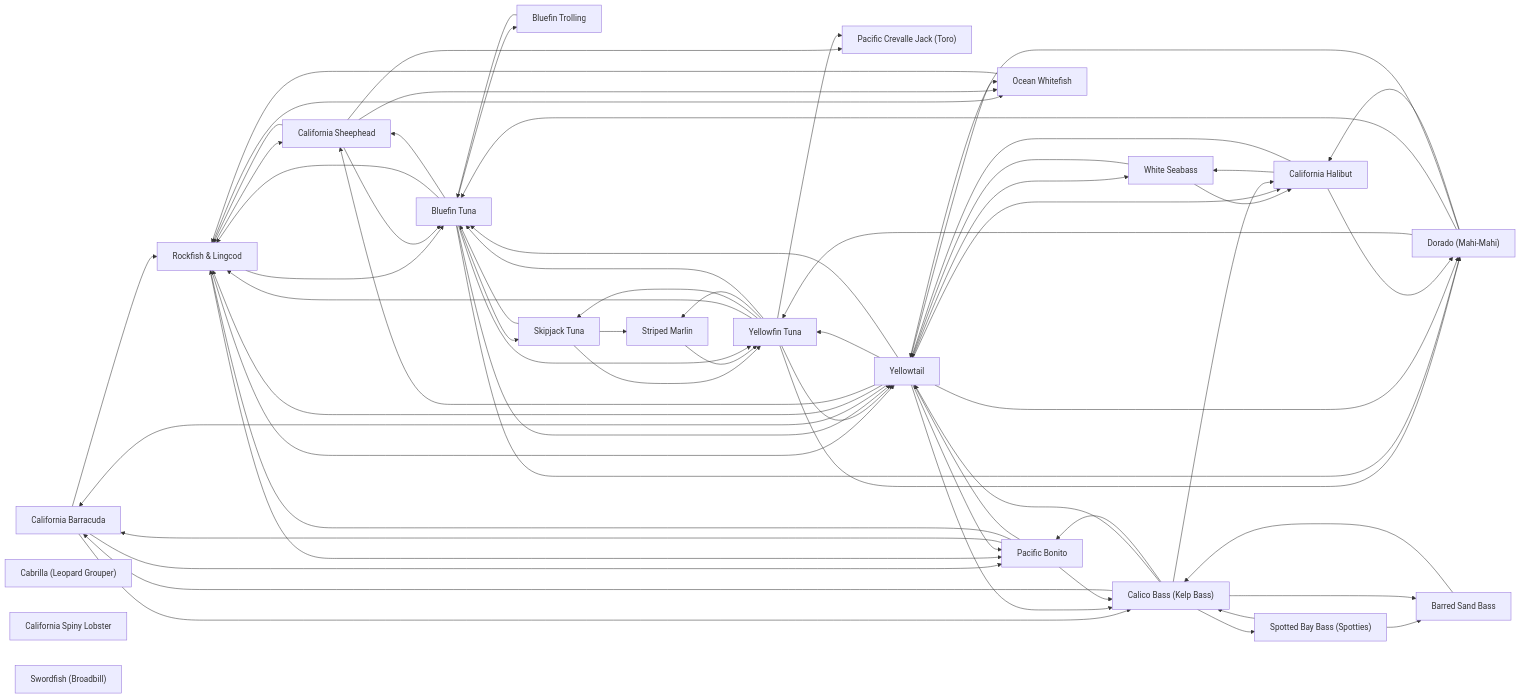
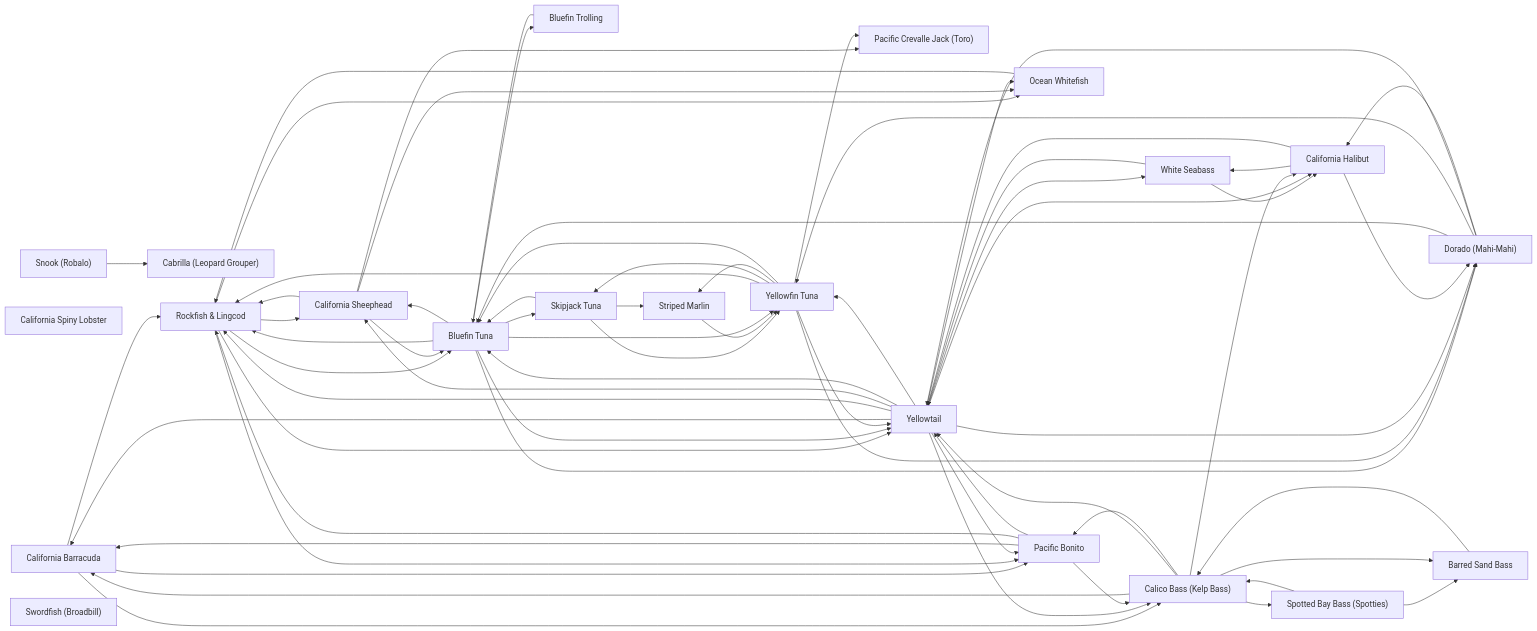
Before and after one commit to camchuckpete-max/Socal-Fishing-Knowledge: the diagram in species/README.md, drawn with Mermaid. The commit also changed other lines of this file and 12 other files, not shown here.

````diff
--- a/species/README.md
+++ b/species/README.md
@@ -48,19 +49,20 @@
   n12["Barred Sand Bass"]
   n13["California Sheephead"]
   n14["Skipjack Tuna"]
-  n15["Spotted Bay Bass (Spotties)"]
-  n16["Striped Marlin"]
-  n17["Swordfish (Broadbill)"]
-  n18["White Seabass"]
-  n19["Yellowfin Tuna"]
-  n20["Yellowtail"]
+  n15["Snook (Robalo)"]
+  n16["Spotted Bay Bass (Spotties)"]
+  n17["Striped Marlin"]
+  n18["Swordfish (Broadbill)"]
+  n19["White Seabass"]
+  n20["Yellowfin Tuna"]
+  n21["Yellowtail"]
   n0 --> n11
   n0 --> n3
   n0 --> n5
   n1 --> n2
   n11 --> n13
   n11 --> n2
-  n11 --> n20
+  n11 --> n21
   n11 --> n3
   n11 --> n9
   n12 --> n5
@@ -68,55 +70,56 @@
   n13 --> n11
   n13 --> n2
   n13 --> n9
-  n14 --> n16
-  n14 --> n19
+  n14 --> n17
   n14 --> n2
-  n15 --> n12
-  n15 --> n5
-  n16 --> n19
-  n18 --> n20
-  n18 --> n6
-  n19 --> n10
-  n19 --> n11
-  n19 --> n14
-  n19 --> n16
-  n19 --> n2
-  n19 --> n20
-  n19 --> n8
+  n14 --> n20
+  n15 --> n4
+  n16 --> n12
+  n16 --> n5
+  n17 --> n20
+  n19 --> n21
+  n19 --> n6
   n2 --> n1
   n2 --> n11
   n2 --> n13
   n2 --> n14
-  n2 --> n19
   n2 --> n20
+  n2 --> n21
   n2 --> n8
-  n20 --> n0
+  n20 --> n10
   n20 --> n11
-  n20 --> n13
-  n20 --> n18
-  n20 --> n19
+  n20 --> n14
+  n20 --> n17
   n20 --> n2
-  n20 --> n3
-  n20 --> n5
-  n20 --> n6
+  n20 --> n21
   n20 --> n8
-  n20 --> n9
+  n21 --> n0
+  n21 --> n11
+  n21 --> n13
+  n21 --> n19
+  n21 --> n2
+  n21 --> n20
+  n21 --> n3
+  n21 --> n5
+  n21 --> n6
+  n21 --> n8
+  n21 --> n9
   n3 --> n0
   n3 --> n11
-  n3 --> n20
+  n3 --> n21
   n3 --> n5
   n5 --> n0
   n5 --> n12
-  n5 --> n15
-  n5 --> n20
+  n5 --> n16
+  n5 --> n21
   n5 --> n3
   n5 --> n6
-  n6 --> n18
-  n6 --> n20
+  n6 --> n19
+  n6 --> n21
   n6 --> n8
-  n8 --> n19
   n8 --> n2
   n8 --> n20
+  n8 --> n21
   n8 --> n6
   n9 --> n11
 ```
````
